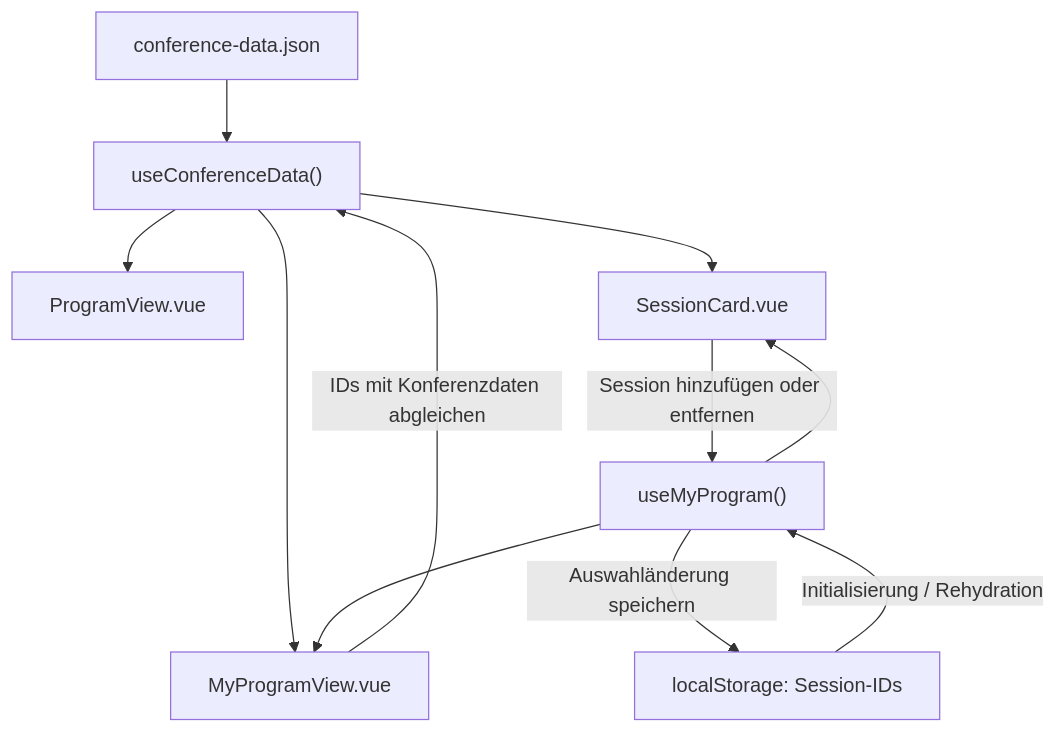
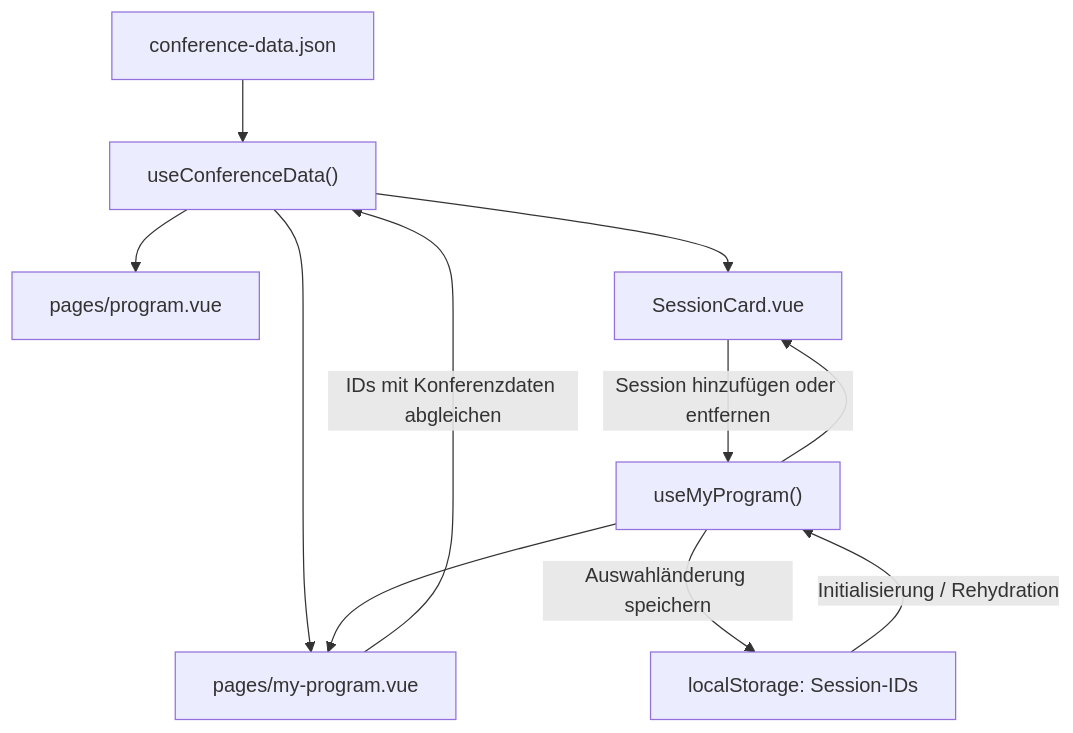
The first of 2 diagrams in docs/schritt1/03-state-management-konzept.md (ct26m020/purrfect_conference), drawn with Mermaid before and after one commit. The commit also changed other lines of this file and 2 other files, not shown here.

Commit message:
updated architecture after agreeing on nuxt

````diff
--- a/docs/schritt1/03-state-management-konzept.md
+++ b/docs/schritt1/03-state-management-konzept.md
@@ -25,14 +25,14 @@
 ```mermaid
 flowchart TD
     A["conference-data.json"] --> B["useConferenceData()"]
-    B --> C["ProgramView.vue"]
+    B --> C["pages/program.vue"]
     B --> D["SessionCard.vue"]
-    B --> E["MyProgramView.vue"]
+    B --> E["pages/my-program.vue"]
 
     F["localStorage: Session-IDs"] -->|"Initialisierung / Rehydration"| G["useMyProgram()"]
     G --> D
     G --> E
     D -->|Session hinzufügen oder entfernen| G
     G -->|Auswahländerung speichern| F
     E -->|IDs mit Konferenzdaten abgleichen| B
 ```
````
